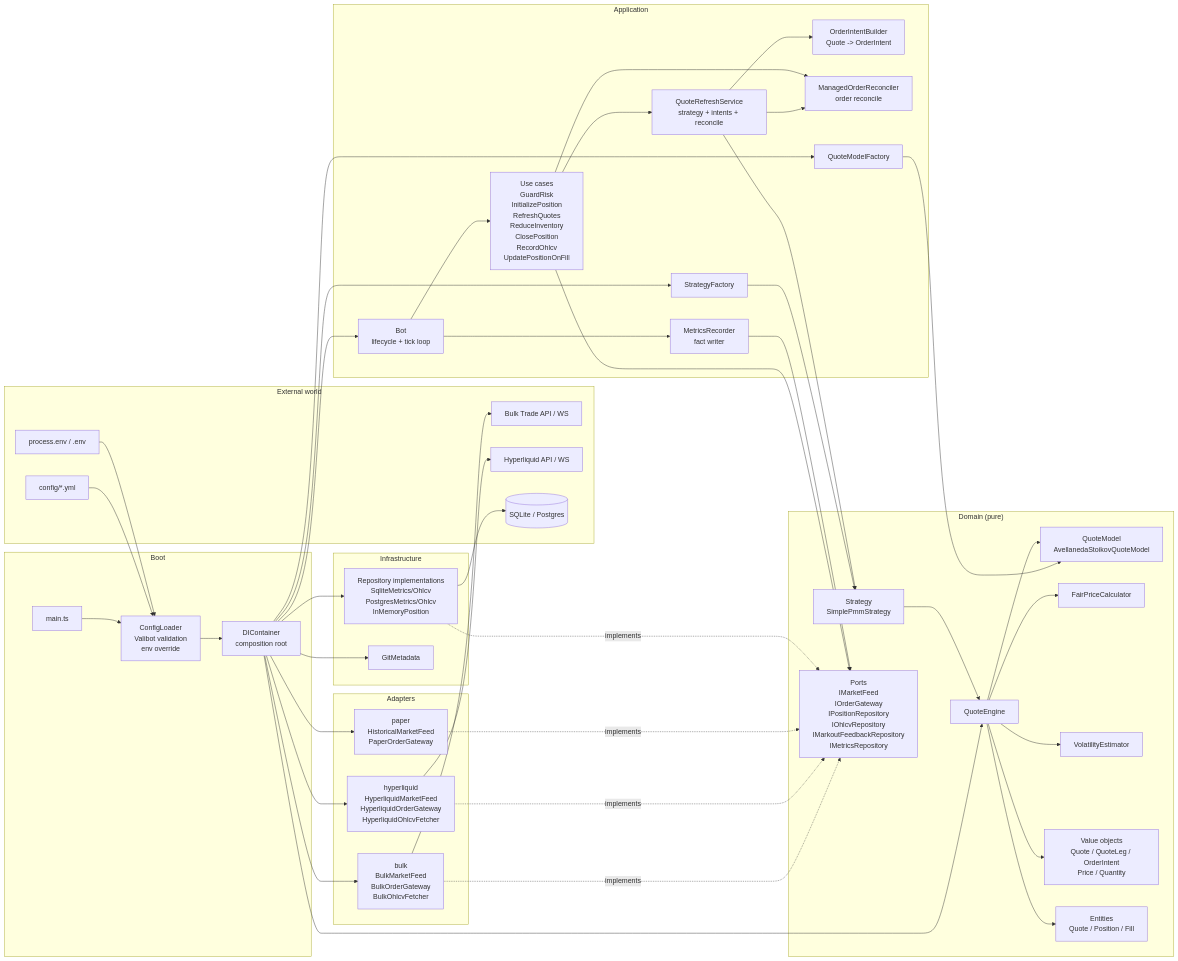
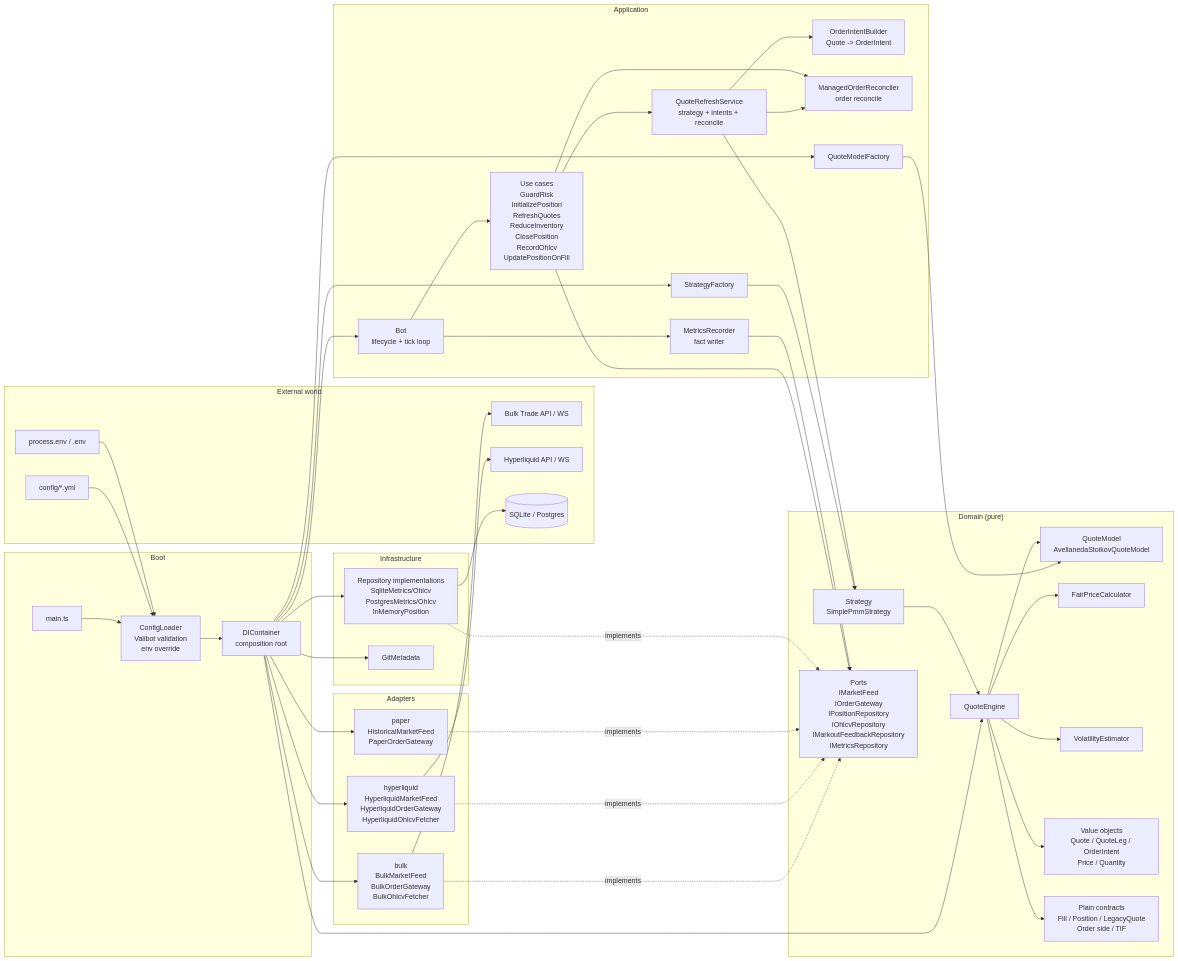
The first of 9 diagrams in docs/ARCHITECTURE.md (posaune0423/simple-mm-bot), drawn with Mermaid before and after one commit. The commit also changed other lines of this file and 45 other files, not shown here.

Commit message:
refactor: move plain domain contracts to types

```diff
--- a/docs/ARCHITECTURE.md
+++ b/docs/ARCHITECTURE.md
@@ -58,7 +58,7 @@
         Fair["FairPriceCalculator"]
         Vol["VolatilityEstimator"]
         Values["Value objects\nQuote / QuoteLeg / OrderIntent\nPrice / Quantity"]
-        Entities["Entities\nQuote / Position / Fill"]
+        Types["Plain contracts\nFill / Position / LegacyQuote\nOrder side / TIF"]
         Ports["Ports\nIMarketFeed\nIOrderGateway\nIPositionRepository\nIOhlcvRepository\nIMarkoutFeedbackRepository\nIMetricsRepository"]
     end
 
@@ -98,7 +98,7 @@
     QE --> QuoteModel
     QE --> Fair
     QE --> Vol
-    QE --> Entities
+    QE --> Types
     QE --> Values
 
     BulkAdapter -. implements .-> Ports
```
